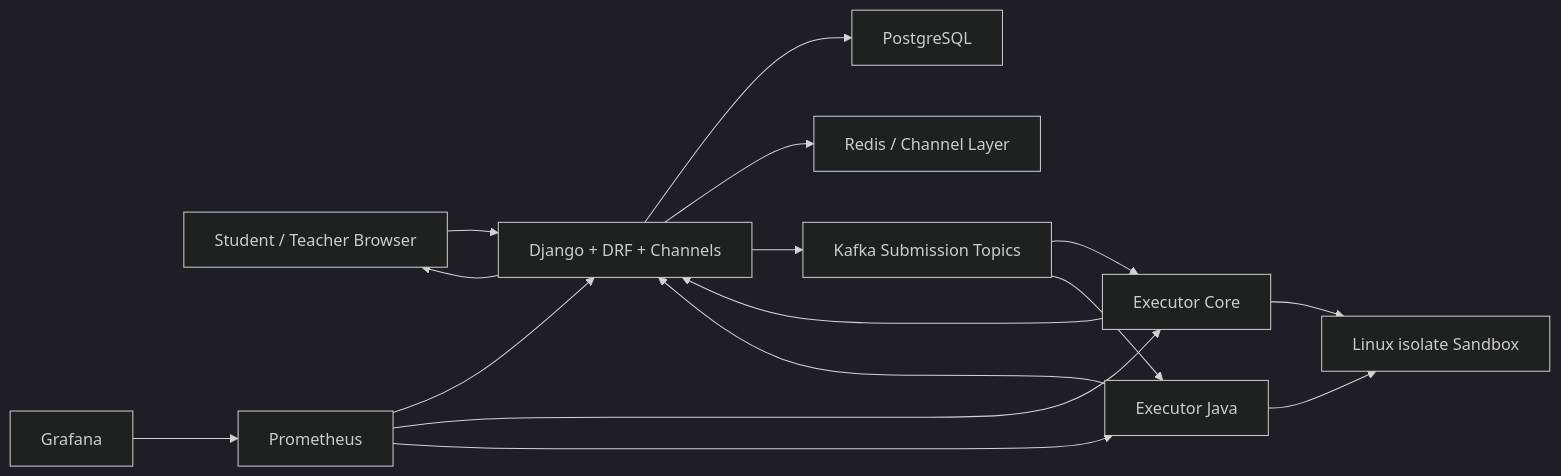
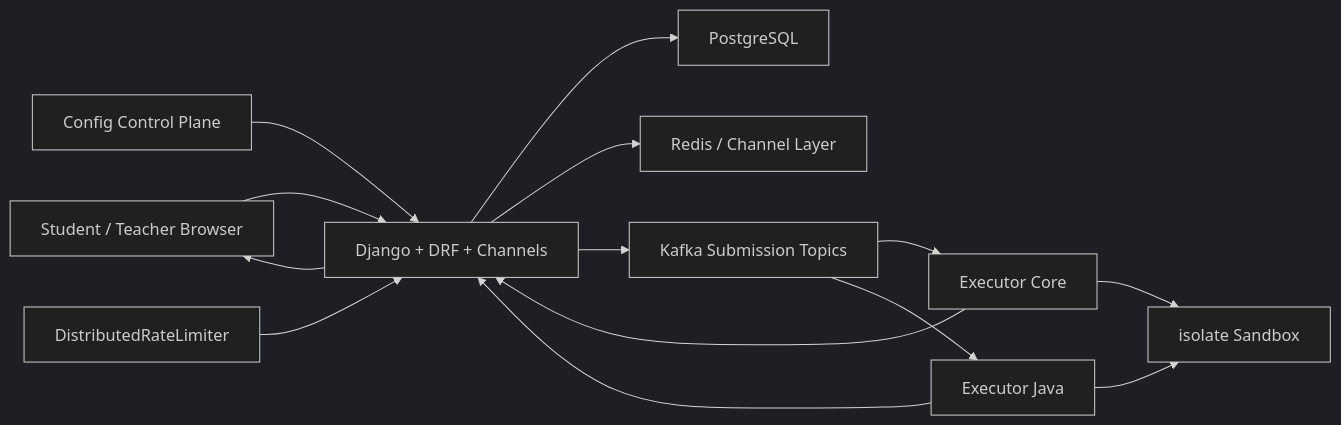
The diagram in README.md (Nava-deep/judge_vortex), drawn with Mermaid (dark theme) before and after one commit. The commit also changed other lines of this file and 9 other files, not shown here.

````diff
--- a/README.md
+++ b/README.md
@@ -140,18 +43,16 @@
 ```mermaid
 flowchart LR
     Browser["Student / Teacher Browser"] --> Django["Django + DRF + Channels"]
     Django --> Postgres["PostgreSQL"]
     Django --> Redis["Redis / Channel Layer"]
     Django --> Kafka["Kafka Submission Topics"]
     Kafka --> CoreExec["Executor Core"]
     Kafka --> JavaExec["Executor Java"]
-    CoreExec --> Isolate["Linux isolate Sandbox"]
-    JavaExec --> Isolate
+    CoreExec --> Sandbox["isolate Sandbox"]
+    JavaExec --> Sandbox
     CoreExec --> Django
     JavaExec --> Django
     Django --> Browser
-    Prometheus["Prometheus"] --> Django
-    Prometheus --> CoreExec
-    Prometheus --> JavaExec
-    Grafana["Grafana"] --> Prometheus
+    Config["Config Control Plane"] --> Django
+    Limiter["DistributedRateLimiter"] --> Django
 ```
````
